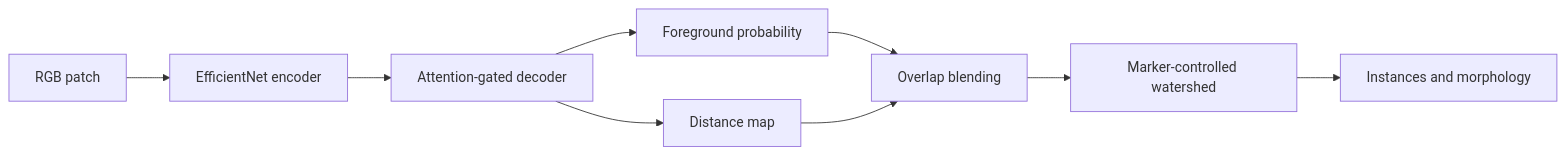
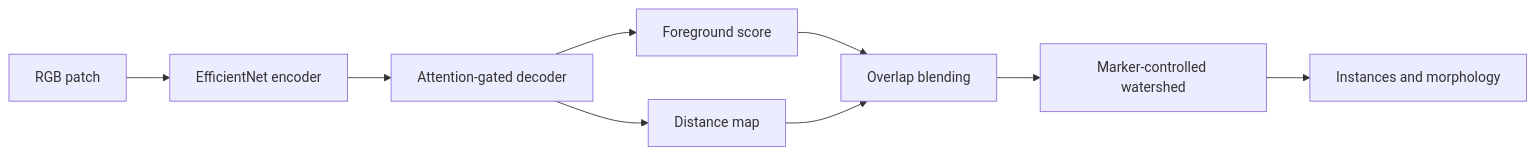
Before and after one commit to VampFay/sem6-miniPwith-withdaBOIS-: the diagram in README.md, drawn with Mermaid. The commit also changed other lines of this file and 64 other files, not shown here.

````diff
--- a/README.md
+++ b/README.md
@@ -45,11 +45,11 @@
 ```mermaid
 flowchart LR
     A[RGB patch] --> B[EfficientNet encoder]
     B --> C[Attention-gated decoder]
-    C --> D[Foreground probability]
+    C --> D[Foreground score]
     C --> E[Distance map]
     D --> F[Overlap blending]
     E --> F
     F --> G[Marker-controlled watershed]
     G --> H[Instances and morphology]
 ```
````
